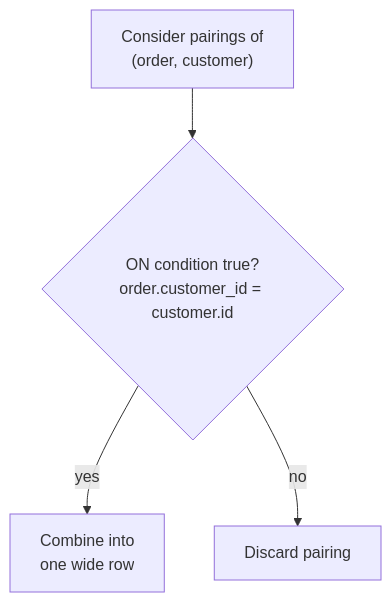
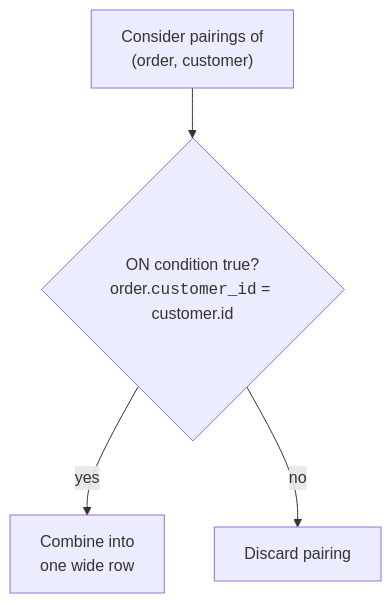
Before and after one commit to dataslope/dataslope: the second of 2 diagrams in content/learn/intro-sql-postgres/understanding-joins.mdx, drawn with Mermaid. The commit also changed 153 other files, not shown here.

First line of the commit message:
Render code-only mermaid shapes in monospace; convert step sequences to Steps

````diff
--- a/content/learn/intro-sql-postgres/understanding-joins.mdx
+++ b/content/learn/intro-sql-postgres/understanding-joins.mdx
@@ -113,6 +113,6 @@
 ```mermaid
 flowchart TB
-    P["Consider pairings of<br/>(order, customer)"] --> T{"ON condition true?<br/>order.customer_id = customer.id"}
+    P["Consider pairings of<br/>(order, customer)"] --> T{"ON condition true?<br/>order.<code>customer_id</code> = customer.id"}
     T -->|"yes"| K["Combine into<br/>one wide row"]
     T -->|"no"| D["Discard pairing"]
 ```
````
